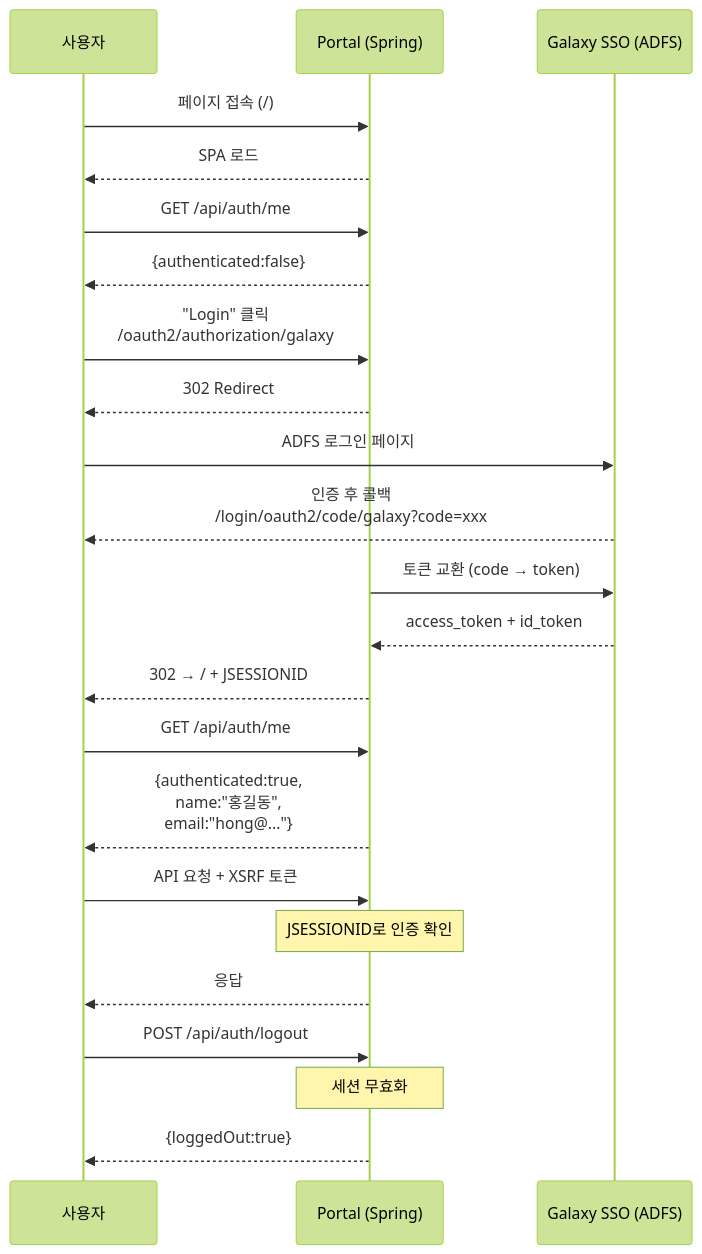
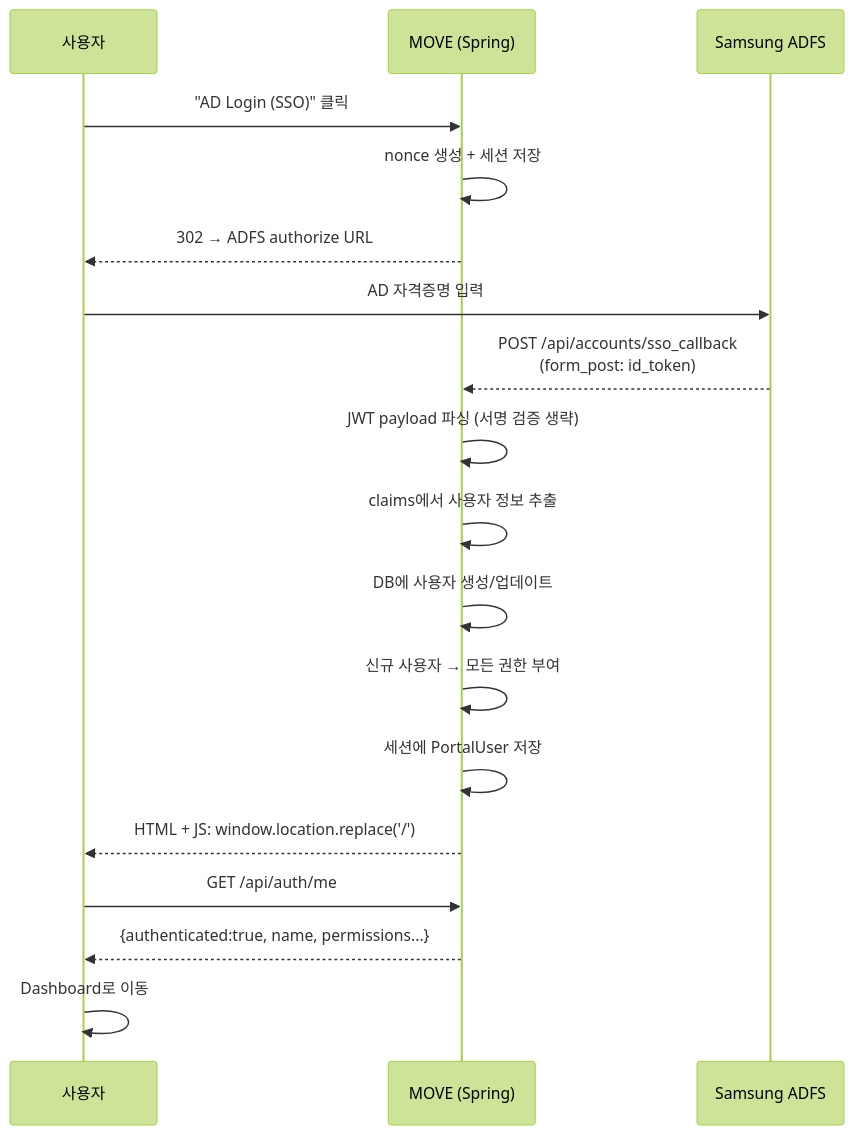
Before and after one commit to kakaromo/kakaromo.github.io: the first of 3 diagrams in src/content/docs/architecture/authentication.md, drawn with Mermaid (forest theme). The commit also changed other lines of this file, not shown here.

Commit message:
docs: 인증 및 권한 문서 전면 재작성 — ADFS SSO, 권한 시스템, 세션 관리

````diff
--- a/src/content/docs/architecture/authentication.md
+++ b/src/content/docs/architecture/authentication.md
@@ -36,34 +126,24 @@
 ```mermaid
 sequenceDiagram
     participant U as 사용자
-    participant P as Portal (Spring)
-    participant S as Galaxy SSO (ADFS)
+    participant P as MOVE (Spring)
+    participant A as Samsung ADFS
 
-    U->>P: 페이지 접속 (/)
-    P-->>U: SPA 로드
+    U->>P: "AD Login (SSO)" 클릭
+    P->>P: nonce 생성 + 세션 저장
+    P-->>U: 302 → ADFS authorize URL
+
+    U->>A: AD 자격증명 입력
+    A-->>P: POST /api/accounts/sso_callback<br/>(form_post: id_token)
+
+    P->>P: JWT payload 파싱 (서명 검증 생략)
+    P->>P: claims에서 사용자 정보 추출
+    P->>P: DB에 사용자 생성/업데이트
+    P->>P: 신규 사용자 → 모든 권한 부여
+    P->>P: 세션에 PortalUser 저장
+    P-->>U: HTML + JS: window.location.replace('/')
 
     U->>P: GET /api/auth/me
-    P-->>U: {authenticated:false}
-
-    U->>P: "Login" 클릭<br/>/oauth2/authorization/galaxy
-    P-->>U: 302 Redirect
-
-    U->>S: ADFS 로그인 페이지
-    S-->>U: 인증 후 콜백<br/>/login/oauth2/code/galaxy?code=xxx
-
-    P->>S: 토큰 교환 (code → token)
-    S-->>P: access_token + id_token
-
-    P-->>U: 302 → / + JSESSIONID
-
-    U->>P: GET /api/auth/me
-    P-->>U: {authenticated:true,<br/>name:"홍길동",<br/>email:"hong@..."}
-
-    U->>P: API 요청 + XSRF 토큰
-    Note over P: JSESSIONID로 인증 확인
-    P-->>U: 응답
-
-    U->>P: POST /api/auth/logout
-    Note over P: 세션 무효화
-    P-->>U: {loggedOut:true}
+    P-->>U: {authenticated:true, name, permissions...}
+    U->>U: Dashboard로 이동
 ```
````
